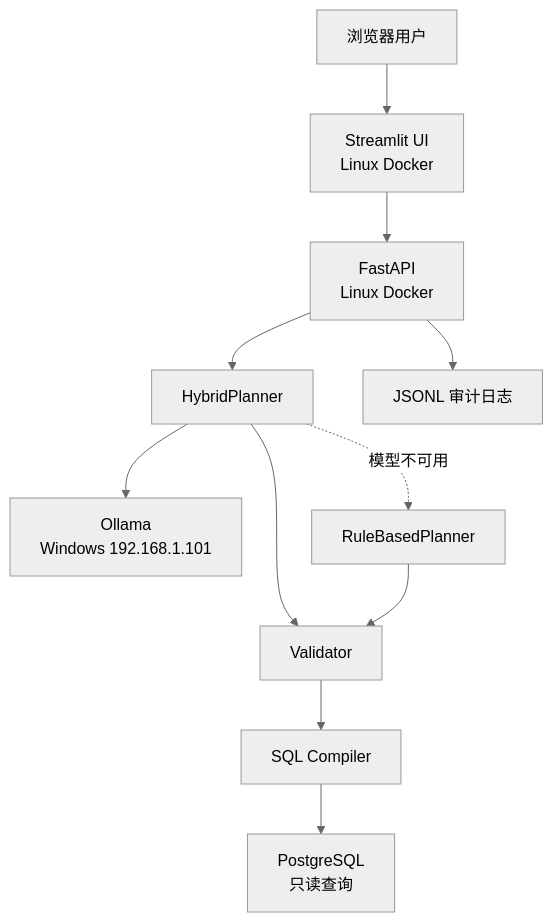
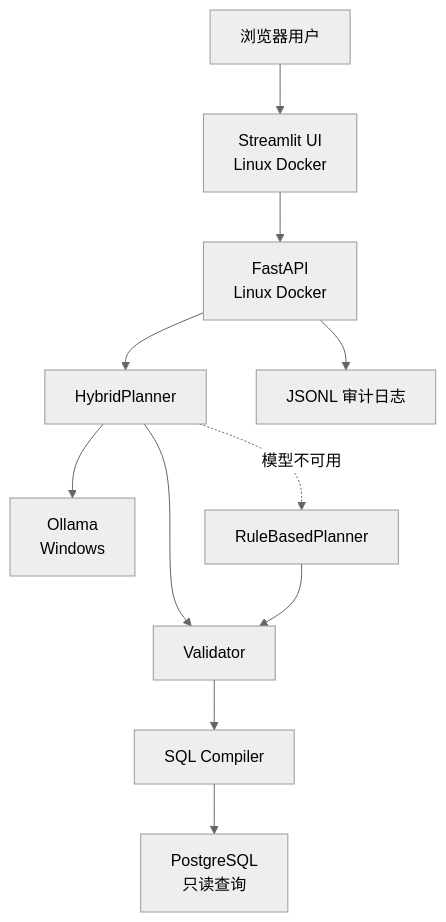
The diagram in README.md (rikka914/smart-query-assistant-demo), drawn with Mermaid (neutral theme) before and after one commit. The commit also changed other lines of this file and 2 other files, not shown here.

````diff
--- a/README.md
+++ b/README.md
@@ -32,13 +32,13 @@
 ```mermaid
 flowchart TD
     U["浏览器用户"] --> S["Streamlit UI<br/>Linux Docker"]
     S --> A["FastAPI<br/>Linux Docker"]
     A --> H["HybridPlanner"]
-    H --> O["Ollama<br/>Windows 192.168.1.101"]
+    H --> O["Ollama<br/>Windows <OLLAMA_HOST>"]
     H -. "模型不可用" .-> R["RuleBasedPlanner"]
     H --> V["Validator"]
     R --> V
     V --> C["SQL Compiler"]
     C --> D["PostgreSQL<br/>只读查询"]
     A --> L["JSONL 审计日志"]
 ```
````
